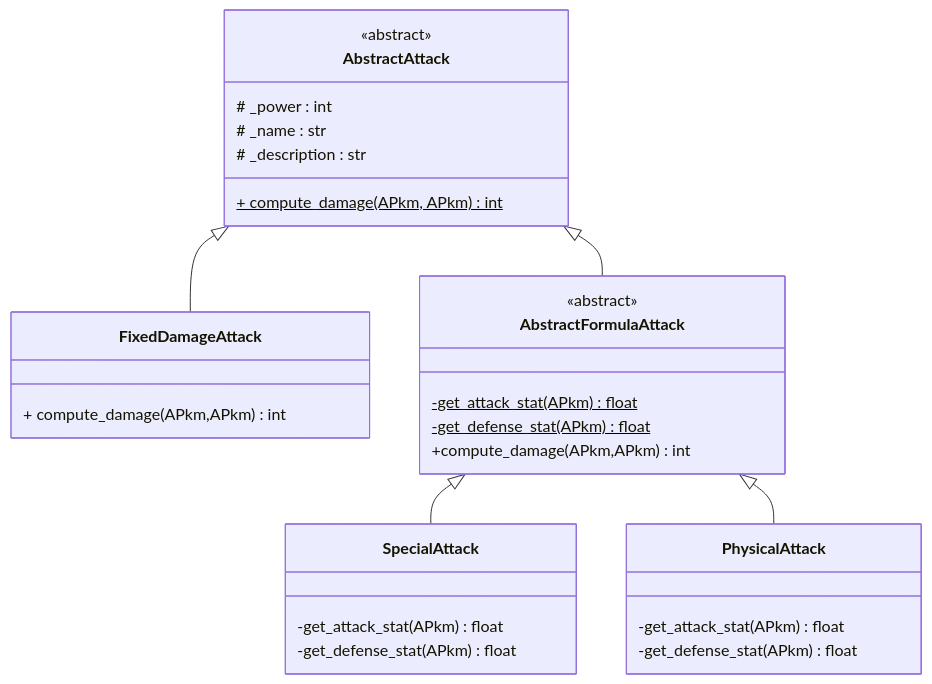
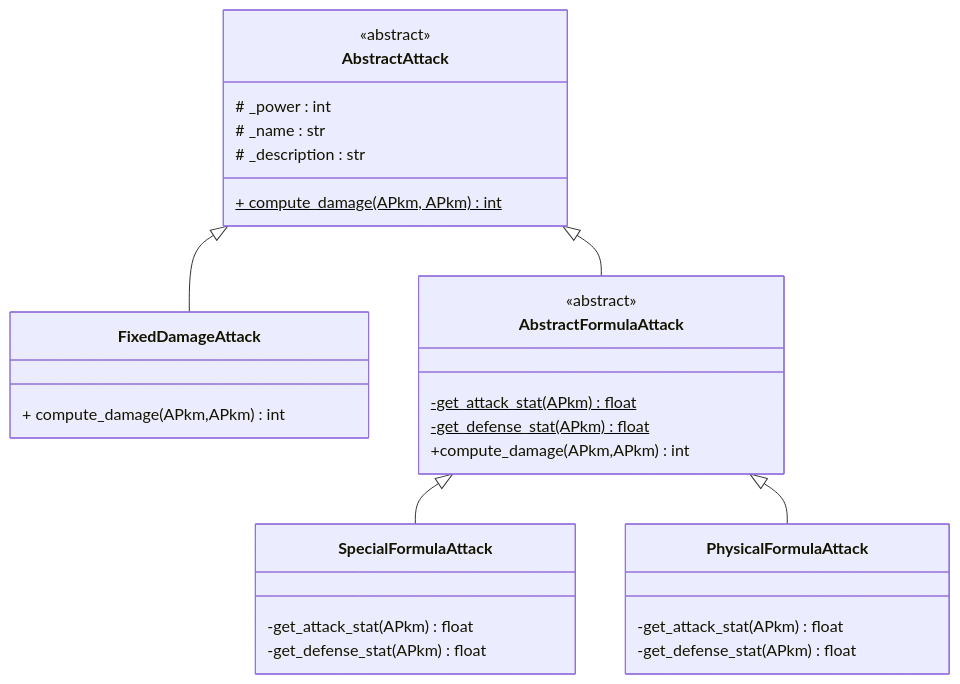
The fourth of 5 diagrams in doc/TP1.md (ludo2ne/ENSAI-2A-complement-info), drawn with Mermaid before and after one commit. The commit also changed other lines of this file and 27 other files, not shown here.

````diff
--- a/doc/TP1.md
+++ b/doc/TP1.md
@@ -300,37 +317,37 @@
 ```mermaid
 classDiagram
 
   class AbstractAttack{
     <<abstract>>
     # _power : int
     # _name : str
     # _description : str
     + compute_damage(APkm, APkm)$  int
   }
 
    class FixedDamageAttack{
     + compute_damage(APkm,APkm )  int
    }
 
   class AbstractFormulaAttack{
     <<abstract>>
     -get_attack_stat(APkm)$  float
     -get_defense_stat(APkm)$  float
     +compute_damage(APkm,APkm)  int
   }
  
-  class PhysicalAttack{
+  class PhysicalFormulaAttack{
     -get_attack_stat(APkm)  float
     -get_defense_stat(APkm)  float
   }
  
-  class SpecialAttack{
+  class SpecialFormulaAttack{
     -get_attack_stat(APkm)  float
     -get_defense_stat(APkm)  float
   }
  
    AbstractAttack <|-- FixedDamageAttack
    AbstractAttack <|-- AbstractFormulaAttack
-   AbstractFormulaAttack <|-- SpecialAttack
-   AbstractFormulaAttack <|-- PhysicalAttack
+   AbstractFormulaAttack <|-- SpecialFormulaAttack
+   AbstractFormulaAttack <|-- PhysicalFormulaAttack
 ```
````
